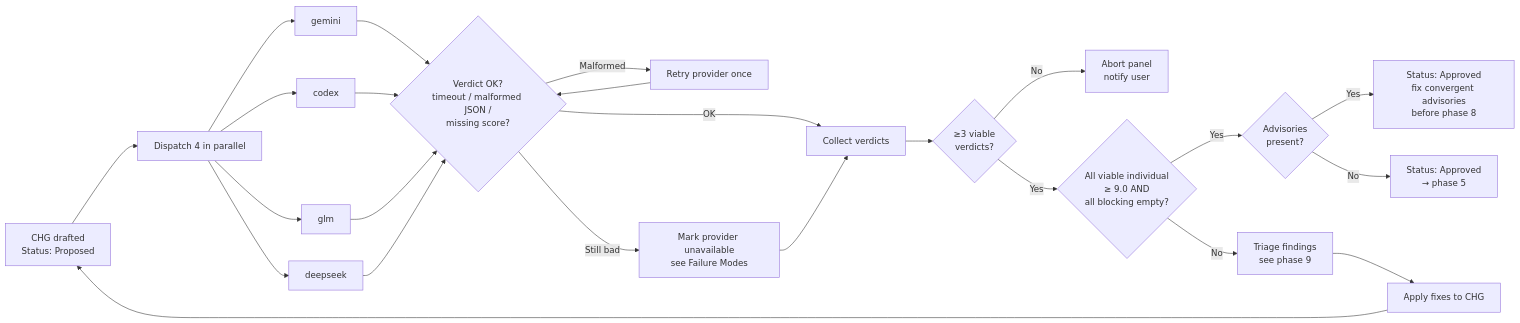
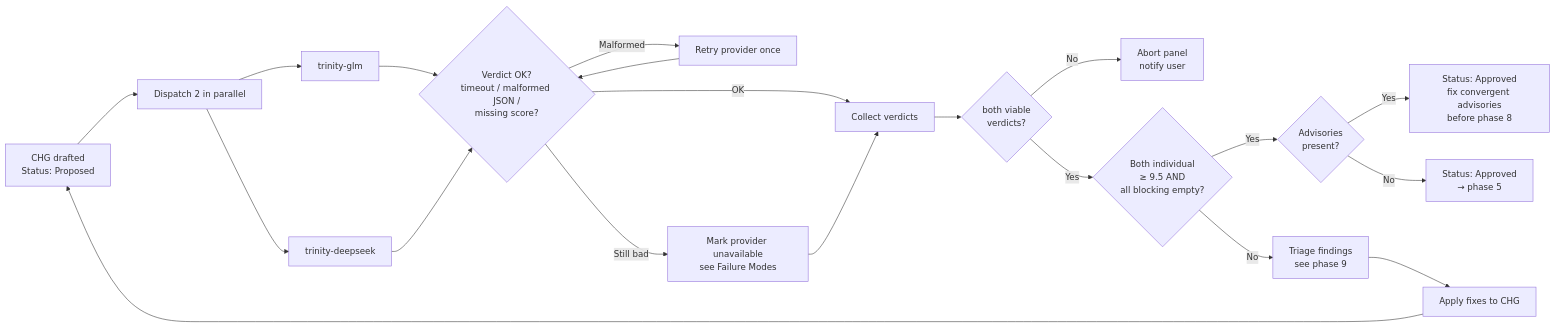
Before and after one commit to frankyxhl/trinity: the third of 6 diagrams in rules/TRN-1008-SOP-Multi-Agent-Review-Loop.md, drawn with Mermaid. The commit also changed other lines of this file and 3 other files, not shown here.

````diff
--- a/rules/TRN-1008-SOP-Multi-Agent-Review-Loop.md
+++ b/rules/TRN-1008-SOP-Multi-Agent-Review-Loop.md
@@ -278,26 +278,22 @@
 ```mermaid
 flowchart LR
-    A[CHG drafted<br/>Status: Proposed] --> B[Dispatch 4 in parallel]
-    B --> G1[gemini]
-    B --> G2[codex]
-    B --> G3[glm]
-    B --> G4[deepseek]
+    A[CHG drafted<br/>Status: Proposed] --> B[Dispatch 2 in parallel]
+    B --> G1[trinity-glm]
+    B --> G2[trinity-deepseek]
     G1 --> V1{Verdict OK?<br/>timeout / malformed JSON /<br/>missing score?}
     G2 --> V1
-    G3 --> V1
-    G4 --> V1
     V1 -- Malformed --> R1[Retry provider once]
     R1 --> V1
     V1 -- "Still bad" --> Drop[Mark provider unavailable<br/>see Failure Modes]
     V1 -- OK --> J[Collect verdicts]
     Drop --> J
-    J --> N1{≥3 viable<br/>verdicts?}
+    J --> N1{both viable<br/>verdicts?}
     N1 -- No --> Abort[Abort panel<br/>notify user]
-    N1 -- Yes --> K{"All viable individual<br/>≥ 9.0 AND<br/>all blocking empty?"}
+    N1 -- Yes --> K{"Both individual<br/>≥ 9.5 AND<br/>all blocking empty?"}
     K -- Yes --> ADV{Advisories<br/>present?}
     ADV -- Yes --> L2[Status: Approved<br/>fix convergent advisories<br/>before phase 8]
     ADV -- No --> L[Status: Approved<br/>→ phase 5]
     K -- No --> M[Triage findings<br/>see phase 9]
     M --> NX[Apply fixes to CHG]
     NX --> A
 ```
````
